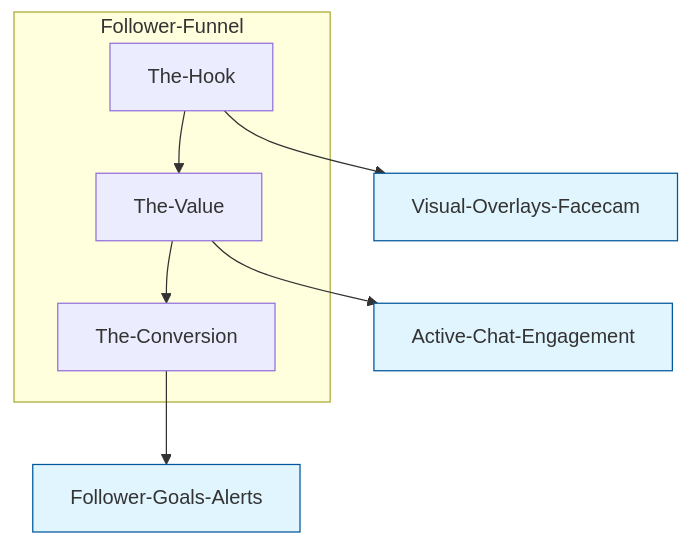
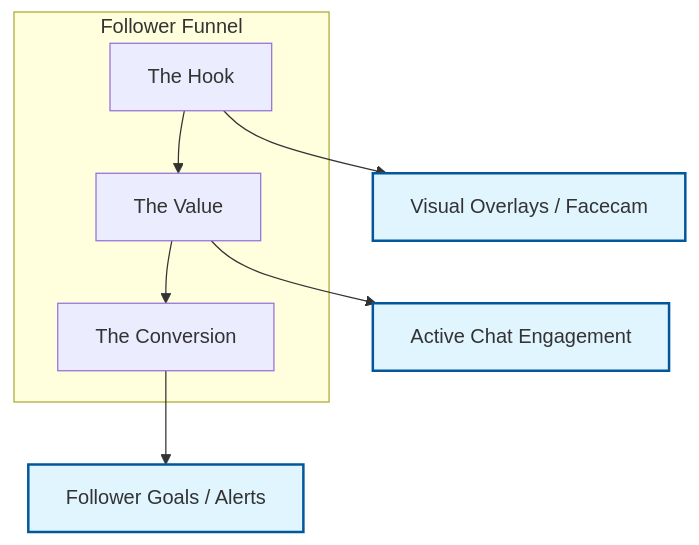
The diagram in data/blog/tiktok-live-follower-funnel-optimization-2026.mdx (littl3-boat/ttwise), drawn with Mermaid before and after one commit. The commit also changed 68 other files, not shown here.

Commit message:
feat: fix Mermaid syntax across blogs and add new posts for quality penalty and empty view trap

````diff
--- a/data/blog/tiktok-live-follower-funnel-optimization-2026.mdx
+++ b/data/blog/tiktok-live-follower-funnel-optimization-2026.mdx
@@ -20,15 +20,15 @@
 ```mermaid
 flowchart TD
-    subgraph Follower-Funnel
-        A[The-Hook] --> B[The-Value]
-        B --> C[The-Conversion]
+    subgraph Follower_Funnel ["Follower Funnel"]
+        A["The Hook"] --> B["The Value"]
+        B --> C["The Conversion"]
     end
     
-    A --> A1[Visual-Overlays-Facecam]
-    B --> B1[Active-Chat-Engagement]
-    C --> C1[Follower-Goals-Alerts]
-    
-    style A1 fill:#e1f5fe,stroke:#01579b
-    style B1 fill:#e1f5fe,stroke:#01579b
-    style C1 fill:#e1f5fe,stroke:#01579b
+    A --> A1["Visual Overlays / Facecam"]
+    B --> B1["Active Chat Engagement"]
+    C --> C1["Follower Goals / Alerts"]
+
+    style A1 fill:#e1f5fe,stroke:#01579b,stroke-width:2px
+    style B1 fill:#e1f5fe,stroke:#01579b,stroke-width:2px
+    style C1 fill:#e1f5fe,stroke:#01579b,stroke-width:2px
 ```
````
